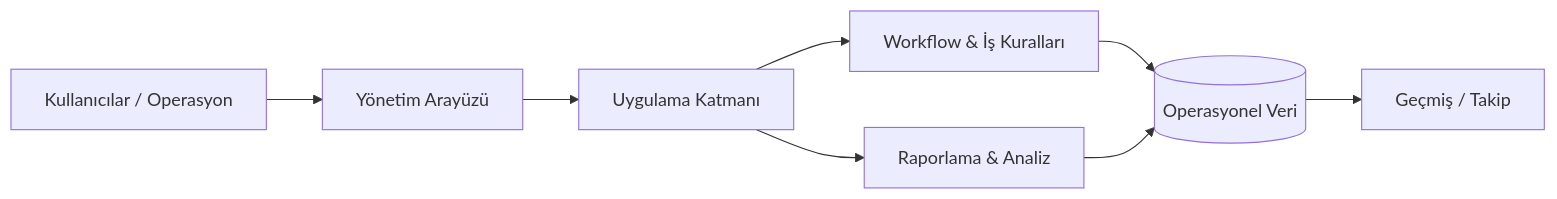
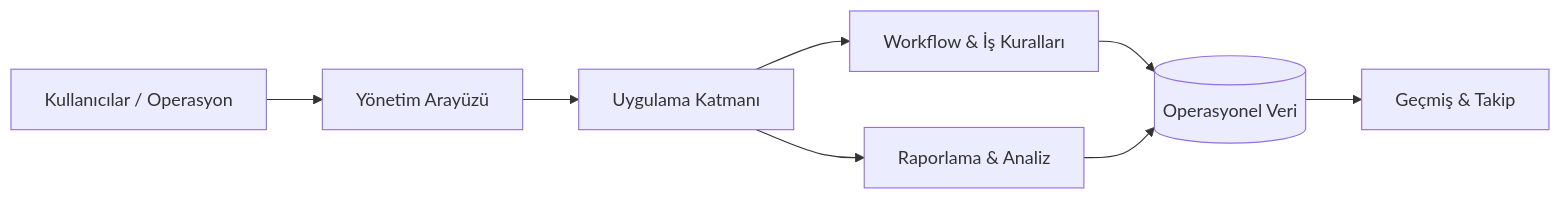
Before and after one commit to tahakubilay/mes-management-platform: the diagram in README.tr.md, drawn with Mermaid. The commit also changed other lines of this file, not shown here.

````diff
--- a/README.tr.md
+++ b/README.tr.md
@@ -75,10 +28,10 @@
 ```mermaid
 flowchart LR
     U[Kullanıcılar / Operasyon] --> UI[Yönetim Arayüzü]
     UI --> APP[Uygulama Katmanı]
     APP --> WF[Workflow & İş Kuralları]
     APP --> REP[Raporlama & Analiz]
     WF --> DATA[(Operasyonel Veri)]
     REP --> DATA
-    DATA --> AUDIT[Geçmiş / Takip]
+    DATA --> HISTORY[Geçmiş & Takip]
 ```
````
